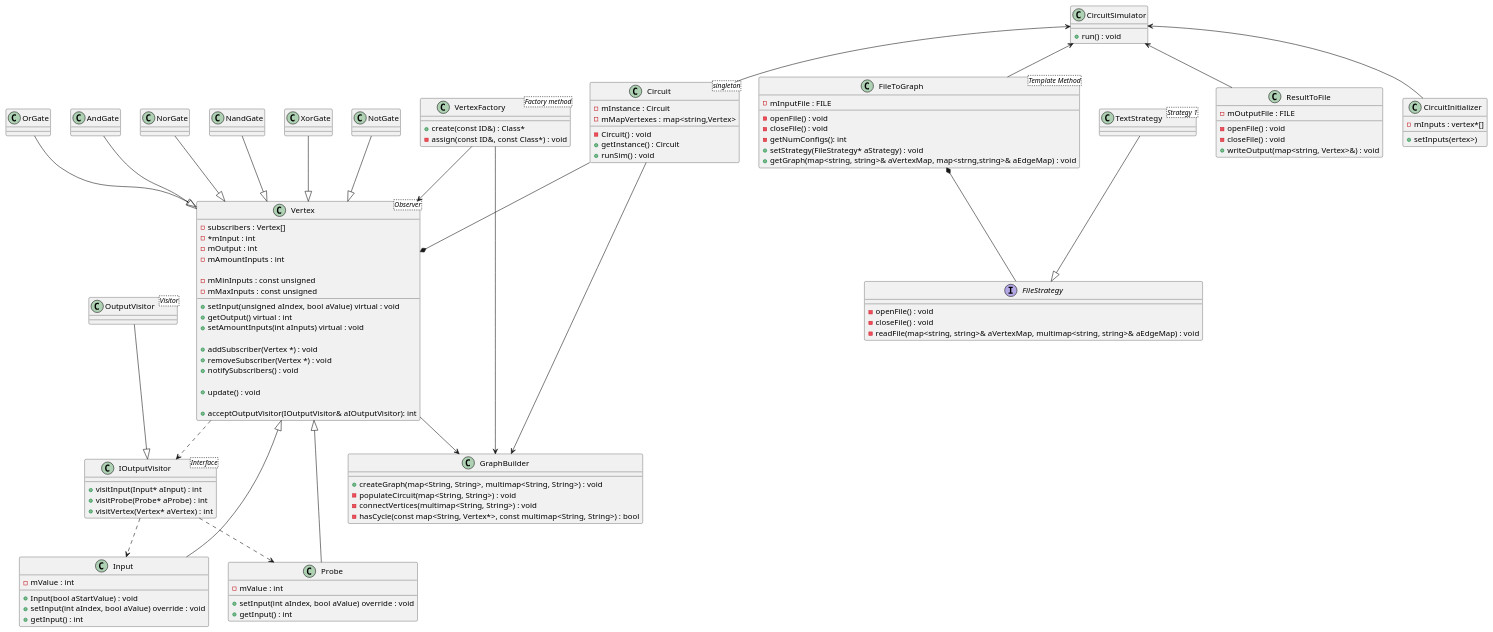
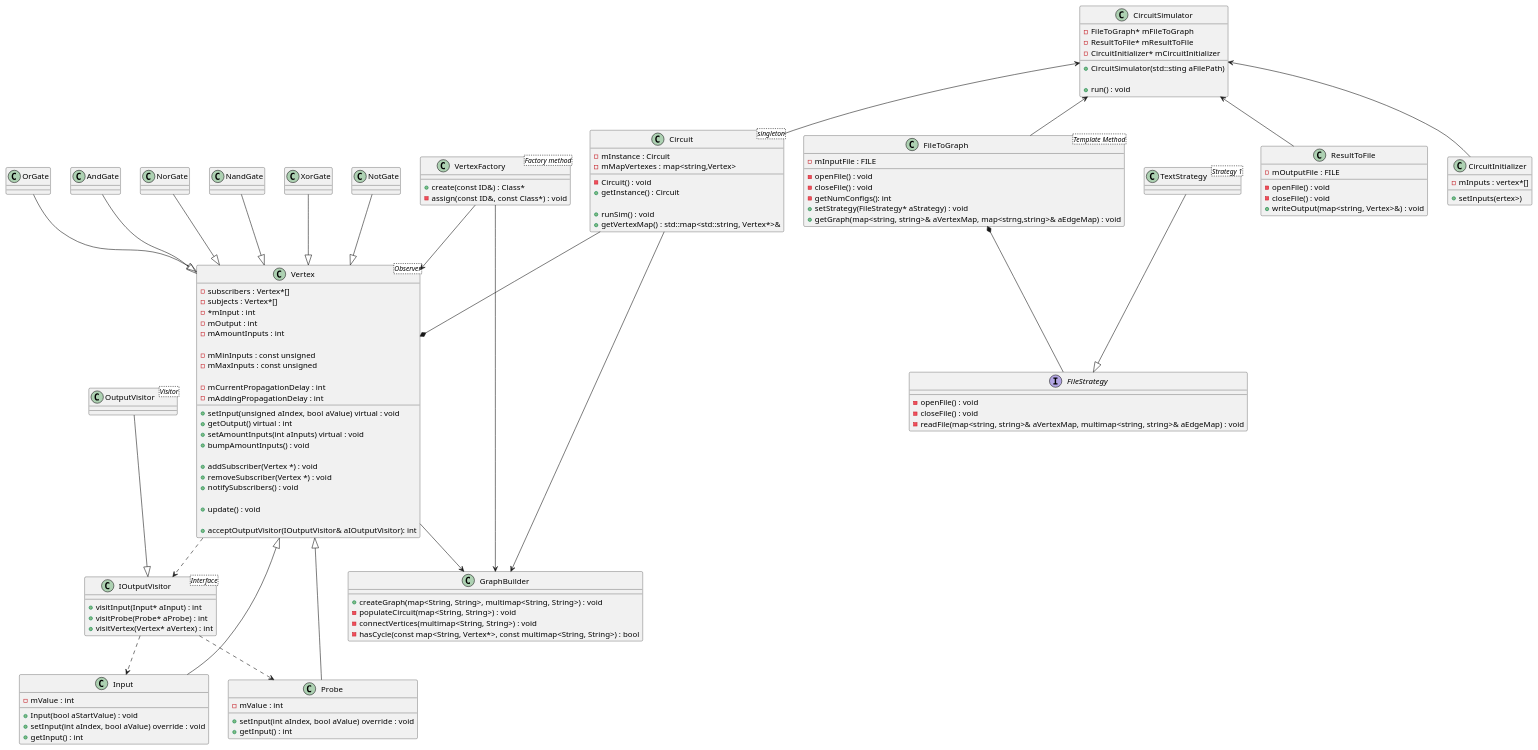
Before and after one commit to Seger01/DesignPatterns: the diagram in diagram/classdiagram.puml, drawn with PlantUML. The commit also changed 26 other files, not shown here.

Commit message:
Added design changes to design diagram

```diff
--- a/diagram/classdiagram.puml
+++ b/diagram/classdiagram.puml
@@ -1,165 +1,177 @@
 @startuml classdiagram
 
 
 class CircuitSimulator{
+    - FileToGraph* mFileToGraph
+    - ResultToFile* mResultToFile
+    - CircuitInitializer* mCircuitInitializer
+
+    + CircuitSimulator(std::sting aFilePath)
+
     + run() : void
 }
 
 class Circuit <singleton>{
     - mInstance : Circuit
     - mMapVertexes : map<string,Vertex>
     - Circuit() : void
     + getInstance() : Circuit
+
     + runSim() : void
+    + getVertexMap() : std::map<std::string, Vertex*>&
 }
 
 class FileToGraph <Template Method> {
     - mInputFile : FILE
 
     - openFile() : void
     - closeFile() : void
     - getNumConfigs(): int
     + setStrategy(FileStrategy* aStrategy) : void
     + getGraph(map<string, string>& aVertexMap, map<strng,string>& aEdgeMap) : void 
-
 }
 
 class IOutputVisitor <Interface>{
     + visitInput(Input* aInput) : int
     + visitProbe(Probe* aProbe) : int
     + visitVertex(Vertex* aVertex) : int
 }
 
 class OutputVisitor <Visitor>{
 
 }
 
 'TODO interface voor verschillende strategies
 'TODO check of hierby dependency injection van toepassing is
 
 interface FileStrategy {
     - openFile() : void
     - closeFile() : void
     - readFile(map<string, string>& aVertexMap, multimap<string, string>& aEdgeMap) : void
 }
 
 class TextStrategy <Strategy 1> {
 }
 
 class ResultToFile {
     - mOutputFile : FILE
 
     - openFile() : void
     - closeFile() : void
     + writeOutput(map<string, Vertex>&) : void
 }
 
 class CircuitInitializer{
     - mInputs : vertex*[]
 
     + setInputs(ertex>)
 }
 
 class OrGate{
 
 }
 
 class AndGate{
 
 }
 
 class NorGate{
 
 }
 
 class NandGate{
 
 }
 
 class XorGate{
 
 }
 
 class NotGate{
 
 }
 
 class Vertex <Observer> {
     + setInput(unsigned aIndex, bool aValue) virtual : void
     + getOutput() virtual : int
     + setAmountInputs(int aInputs) virtual : void
+    + bumpAmountInputs() : void
 
     + addSubscriber(Vertex *) : void
     + removeSubscriber(Vertex *) : void
     + notifySubscribers() : void
     
     + update() : void
 
     + acceptOutputVisitor(IOutputVisitor& aIOutputVisitor): int
 
-    - subscribers : Vertex[]
+    - subscribers : Vertex*[]
+    - subjects : Vertex*[]
     - *mInput : int
     - mOutput : int
     - mAmountInputs : int
 
     - mMinInputs : const unsigned
     - mMaxInputs : const unsigned
+
+    - mCurrentPropagationDelay : int
+    - mAddingPropagationDelay : int
 }
 
 class Input {
     - mValue : int
 
     + Input(bool aStartValue) : void
     + setInput(int aIndex, bool aValue) override : void
     + getInput() : int
 }
 
 class Probe {
     - mValue : int
 
     + setInput(int aIndex, bool aValue) override : void
     + getInput() : int
 }
 
 class VertexFactory <Factory method> {
     + create(const ID&) : Class*
     - assign(const ID&, const Class*) : void
 }
 
 class GraphBuilder {
     + createGraph(map<String, String>, multimap<String, String>) : void
     - populateCircuit(map<String, String>) : void
     - connectVertices(multimap<String, String>) : void
     - hasCycle(const map<String, Vertex*>, const multimap<String, String>) : bool
 }
 
 VertexFactory --> GraphBuilder
 Vertex --> GraphBuilder
 Circuit --> GraphBuilder
 Circuit --* Vertex
 VertexFactory --> Vertex
 
 OutputVisitor --|> IOutputVisitor
 Vertex ..> IOutputVisitor
 IOutputVisitor ..> Probe
 IOutputVisitor ..> Input
 
 FileToGraph *-- FileStrategy
 TextStrategy --|> FileStrategy
 
 CircuitSimulator <-- FileToGraph
 CircuitSimulator <-- ResultToFile
 CircuitSimulator <-- Circuit
 CircuitSimulator <-- CircuitInitializer
 
 OrGate --|> Vertex
 NorGate --|> Vertex
 AndGate --|> Vertex
 NandGate --|> Vertex
 XorGate --|> Vertex
 NotGate --|> Vertex
 
 Input --|> Vertex
 Probe --|> Vertex
 
 @enduml
```
